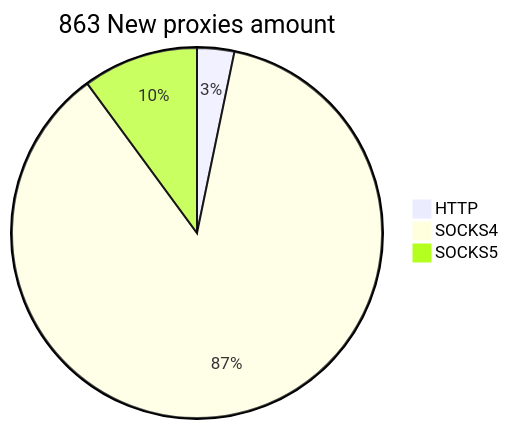
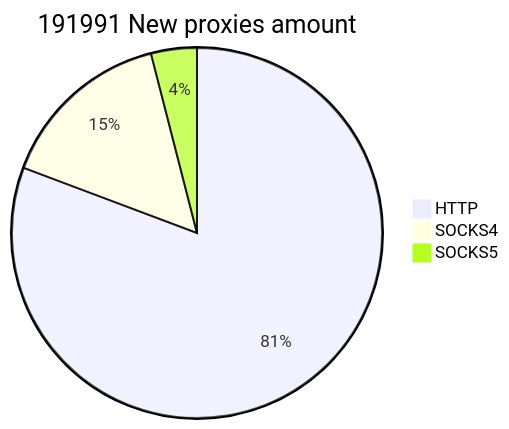
The second of 2 diagrams in README.md (cutipu/proxylist), drawn with Mermaid before and after one commit. The commit also changed other lines of this file, not shown here.

````diff
--- a/README.md
+++ b/README.md
@@ -17,6 +17,6 @@
 ```mermaid
-pie title 863 New proxies amount
-    "HTTP" : 28
-    "SOCKS4" : 748
-    "SOCKS5" : 87
+pie title 191991 New proxies amount
+    "HTTP" : 154994
+    "SOCKS4" : 29321
+    "SOCKS5" : 7676
 ```
````
